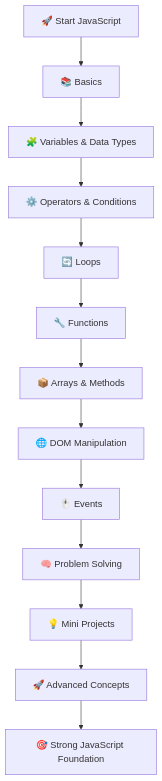
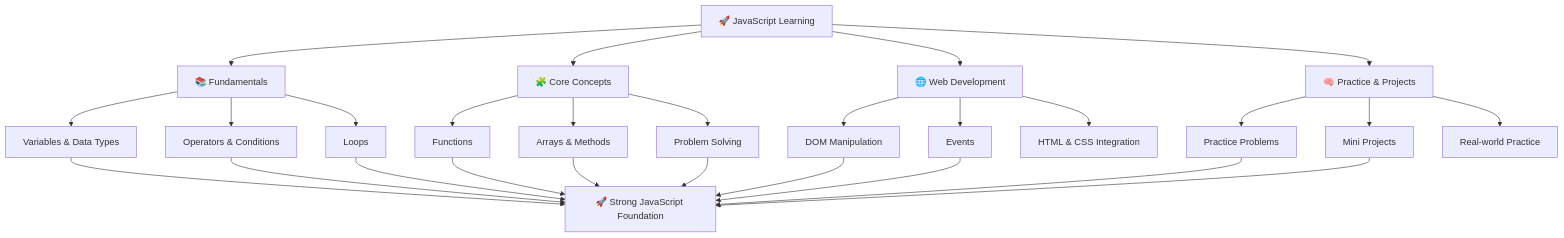
Before and after one commit to sumitkumar2374/Javascript: the diagram in README.md, drawn with Mermaid.

Commit message:
update mermaid structure

````diff
--- a/README.md
+++ b/README.md
@@ -10,15 +10,34 @@
 ```mermaid
 flowchart TD
-    A[🚀 Start JavaScript] --> B[📚 Basics]
-    B --> C[🧩 Variables & Data Types]
-    C --> D[⚙️ Operators & Conditions]
-    D --> E[🔄 Loops]
-    E --> F[🔧 Functions]
-    F --> G[📦 Arrays & Methods]
-    G --> H[🌐 DOM Manipulation]
-    H --> I[🖱️ Events]
-    I --> J[🧠 Problem Solving]
-    J --> K[💡 Mini Projects]
-    K --> L[🚀 Advanced Concepts]
-    L --> M[🎯 Strong JavaScript Foundation]
+    A[🚀 JavaScript Learning] --> B[📚 Fundamentals]
+    A --> C[🧩 Core Concepts]
+    A --> D[🌐 Web Development]
+    A --> E[🧠 Practice & Projects]
+
+    B --> B1[Variables & Data Types]
+    B --> B2[Operators & Conditions]
+    B --> B3[Loops]
+
+    C --> C1[Functions]
+    C --> C2[Arrays & Methods]
+    C --> C3[Problem Solving]
+
+    D --> D1[DOM Manipulation]
+    D --> D2[Events]
+    D --> D3[HTML & CSS Integration]
+
+    E --> E1[Practice Problems]
+    E --> E2[Mini Projects]
+    E --> E3[Real-world Practice]
+
+    B1 --> F[🚀 Strong JavaScript Foundation]
+    B2 --> F
+    B3 --> F
+    C1 --> F
+    C2 --> F
+    C3 --> F
+    D1 --> F
+    D2 --> F
+    E1 --> F
+    E2 --> F
 ```
````
